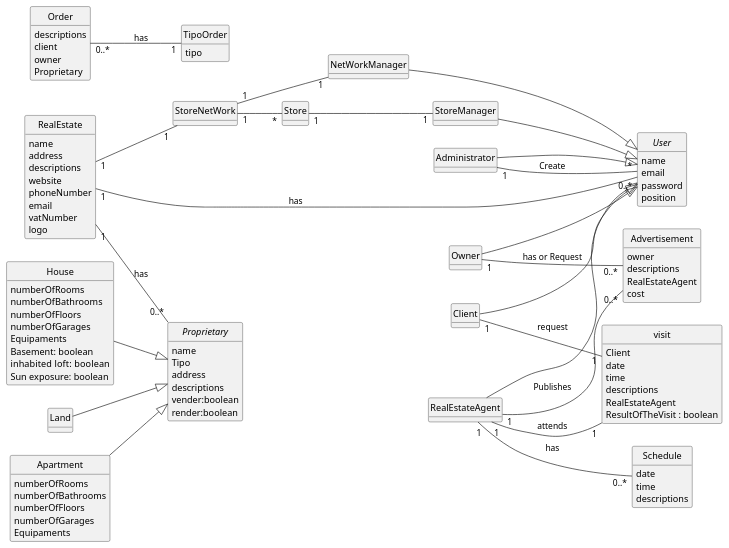
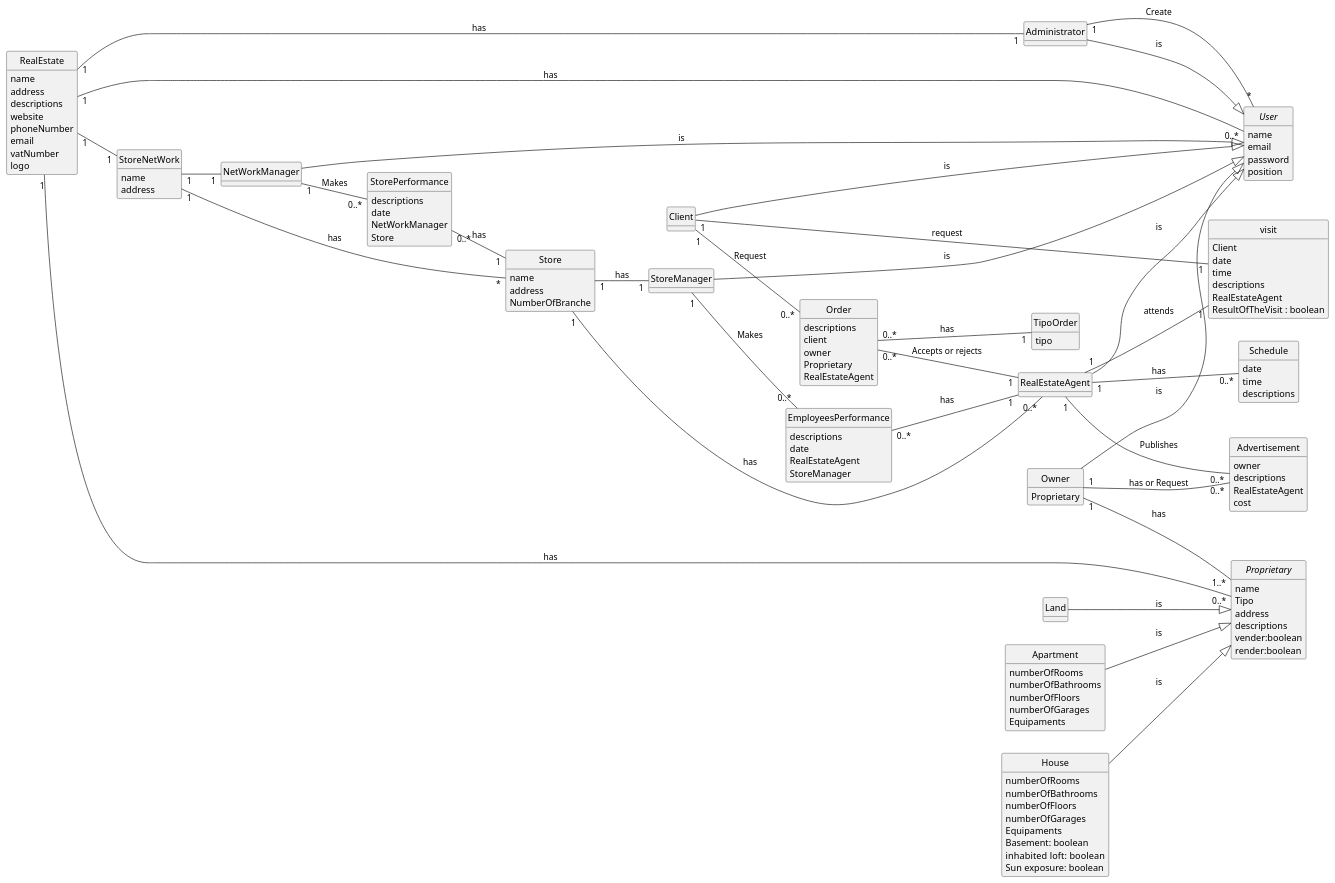
The diagram in lei-22-s2-1do-g68/docs/sprintA/global-artifacts/02.analysis/puml/project-domain-model.puml (hugosilva2901/lei-22-s2-1DO-g68), drawn with PlantUML before and after one commit.

Commit message:
upadate domain model

```diff
--- a/lei-22-s2-1do-g68/docs/sprintA/global-artifacts/02.analysis/puml/project-domain-model.puml
+++ b/lei-22-s2-1do-g68/docs/sprintA/global-artifacts/02.analysis/puml/project-domain-model.puml
@@ -1,143 +1,167 @@
 @startuml
 skinparam monochrome true
 skinparam packageStyle rectangle
 skinparam shadowing false
 'skinparam linetype ortho
 'left to right direction
 skinparam classAttributeIconSize 0
 hide circle
 hide methods
 left to right direction
 
 
 'title Domain Model
 
 'class Platform {
 '  -description
 '}
 
 class RealEstate {
     name
     address
     descriptions
     website
     phoneNumber
     email
     vatNumber
     logo
 }
 class RealEstateAgent {
 
 }
+
 class Client {
 
 }
 class Owner {
-
+ Proprietary
 }
 abstract class User {
     name
     email
     password
     position
 }
 abstract class Proprietary {
     name
     Tipo
     address
     descriptions
     vender:boolean
     render:boolean
 }
 class Land{
 }
 
 class Apartment{
 numberOfRooms
 numberOfBathrooms
 numberOfFloors
 numberOfGarages
 Equipaments
 
 }
 class House{
 numberOfRooms
     numberOfBathrooms
     numberOfFloors
     numberOfGarages
     Equipaments
     Basement: boolean
     inhabited  loft: boolean
     Sun exposure: boolean
 
 }
 class Advertisement{
     owner
     descriptions
     RealEstateAgent
     cost
 }
 class Schedule{
     date
     time
     descriptions
 }
 class visit{
     Client
     date
     time
     descriptions
     RealEstateAgent
     ResultOfTheVisit : boolean
 }
 class Order{
     descriptions
     client
     owner
     Proprietary
-
+    RealEstateAgent
 }
 
 enum TipoOrder{
 tipo
 }
 class StoreNetWork{
-
+name
+address
 }
 class Store{
+name
+address
+NumberOfBranche
 }
 class StoreManager{
+
 }
 class NetWorkManager{
 }
+class StorePerformance{
+descriptions
+date
+NetWorkManager
+Store
+}
 class Administrator{
 }
-
+class EmployeesPerformance{
+descriptions
+date
+RealEstateAgent
+StoreManager
+}
 
 RealEstate "1"--"1" StoreNetWork
-StoreNetWork "1"--"*" Store
-Store "1"--"1" StoreManager
+StoreNetWork "1"--"*" Store : has
+Store "1"--"1" StoreManager :has
 StoreNetWork "1"--"1" NetWorkManager
 
 Administrator "1"--"*" User : Create
 
-Administrator --|> User
-StoreManager --|> User
-NetWorkManager --|> User
-RealEstateAgent  --|>  User
-Owner  --|>  User
-Client  --|>  User
+Administrator --|> User : is
+StoreManager --|> User : is
+NetWorkManager --|> User : is
+RealEstateAgent  --|>  User : is
+Owner  --|>  User : is
+Client  --|>  User : is
 RealEstate "1"--" 0..*" User : has
-House  --|>  Proprietary
-Apartment  --|>  Proprietary
+House  --|>  Proprietary : is
+Apartment  --|>  Proprietary : is
 RealEstate "1"--"0..*" Proprietary : has
-Land  --|>  Proprietary
+Land  --|>  Proprietary : is
 Owner "1"--"0..*"Advertisement : has or Request
 RealEstateAgent "1"--"0..*"Advertisement : Publishes
 Client "1"--"1"visit : request
 RealEstateAgent "1"--"1"visit : attends
 RealEstateAgent "1"--"0..*"Schedule : has
 Order "0..*"--"1" TipoOrder : has
-
-
+Store "1"--"0..*" RealEstateAgent : has
+Client "1"--"0..*" Order : Request
+Order "0..*"--"1" RealEstateAgent : Accepts or rejects
+StoreManager "1"--"0..*" EmployeesPerformance : Makes
+EmployeesPerformance "0..*"--"1" RealEstateAgent : has
+RealEstate "1"--"1" Administrator : has
+Owner "1"--"1..*" Proprietary : has
+NetWorkManager "1"--"0..*" StorePerformance : Makes
+StorePerformance "0..*"--"1" Store : has
 @enduml
```
